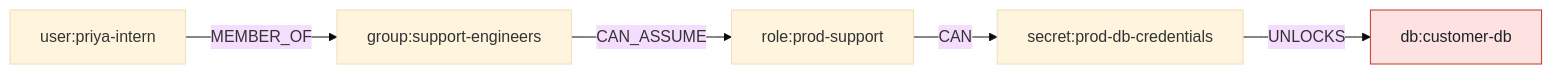
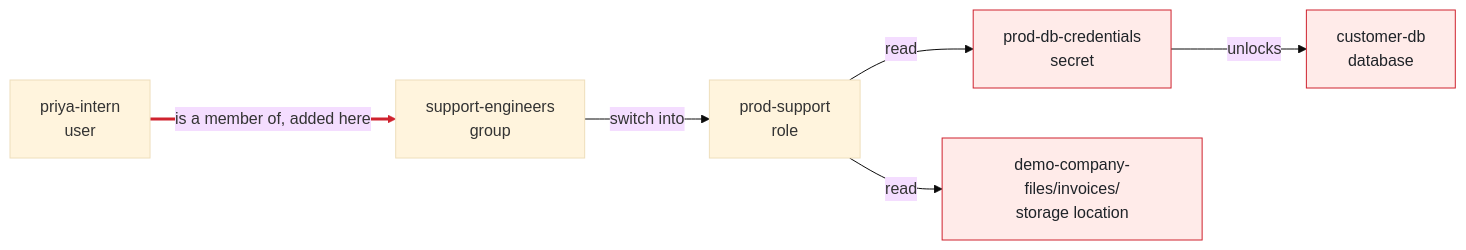
Before and after one commit to AjinkyaTaranekar/theseus: the diagram in tests/unit/snapshots/render/suspicious.md, drawn with Mermaid (base theme). The commit also changed other lines of this file and 12 other files, not shown here.

````diff
--- a/tests/unit/snapshots/render/suspicious.md
+++ b/tests/unit/snapshots/render/suspicious.md
@@ -30,14 +13,17 @@
 ```mermaid
 flowchart LR
-  n1["user:priya-intern"]
-  n2["group:support-engineers"]
-  n3["role:prod-support"]
-  n4["secret:prod-db-credentials"]
-  n5["db:customer-db"]
-  n1 -->|MEMBER_OF| n2
-  n2 -->|CAN_ASSUME| n3
-  n3 -->|CAN| n4
-  n4 -->|UNLOCKS| n5
-  classDef sensitive fill:#fde2e1,stroke:#c0392b,color:#1f2328
-  class n5 sensitive
+  n1["priya-intern<br/>user"]
+  n2["support-engineers<br/>group"]
+  n3["prod-support<br/>role"]
+  n4["prod-db-credentials<br/>secret"]
+  n5["customer-db<br/>database"]
+  n6["demo-company-files/invoices/<br/>storage location"]
+  n1 -->|"is a member of, added here"| n2
+  n2 -->|"switch into"| n3
+  n3 -->|"read"| n4
+  n4 -->|"unlocks"| n5
+  n3 -->|"read"| n6
+  classDef sensitive fill:#ffebe9,stroke:#cf222e,color:#1f2328
+  class n4,n5,n6 sensitive
+  linkStyle 0 stroke:#cf222e,stroke-width:3px
 ```
````
